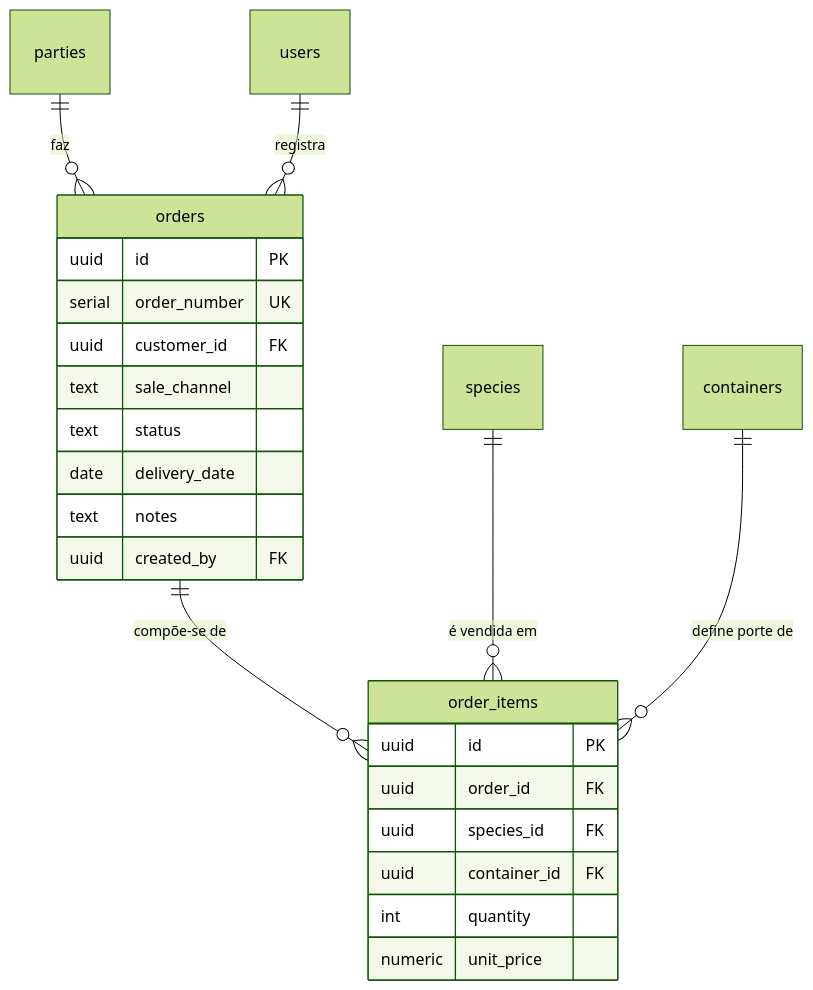
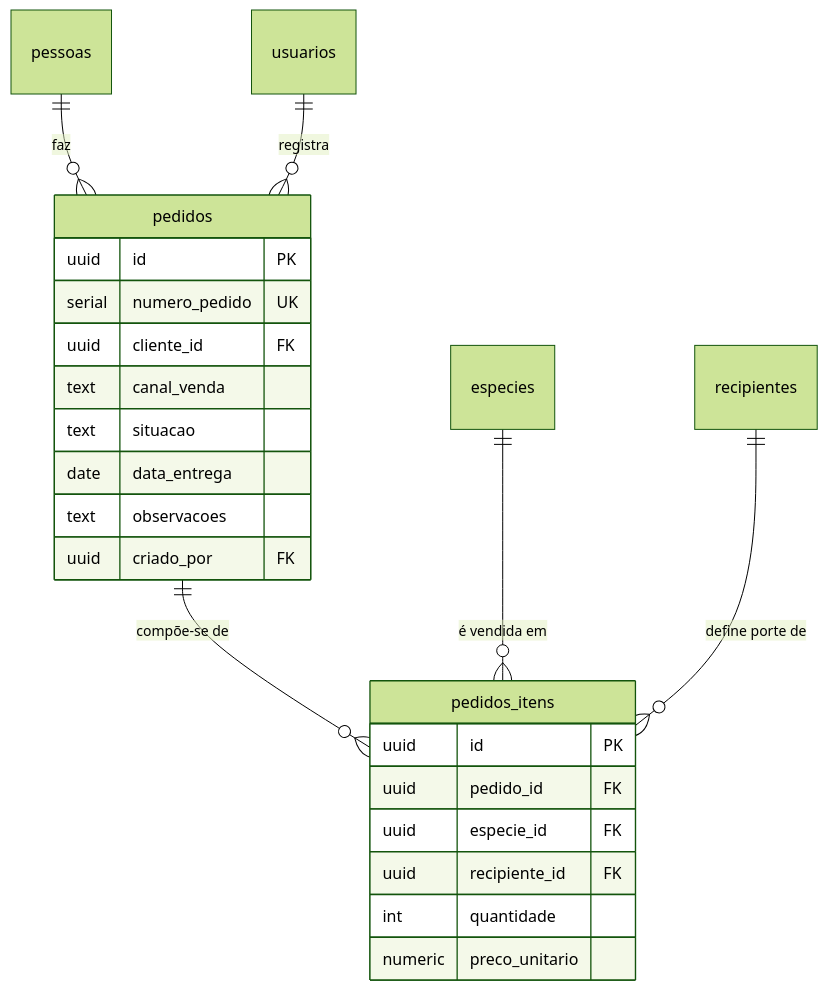
Before and after one commit to JoaoMudar/tcc: the fifth of 5 diagrams in docs/engenharia/C-modelagem/C6-modelo-entidade-relacionamento.md, drawn with Mermaid (forest theme). The commit also changed other lines of this file and 46 other files, not shown here.

````diff
--- a/docs/engenharia/C-modelagem/C6-modelo-entidade-relacionamento.md
+++ b/docs/engenharia/C-modelagem/C6-modelo-entidade-relacionamento.md
@@ -646,31 +646,31 @@
 ```mermaid
 erDiagram
-  orders {
+  pedidos {
     uuid    id PK
-    serial  order_number UK
-    uuid    customer_id FK
-    text    sale_channel
-    text    status
-    date    delivery_date
-    text    notes
-    uuid    created_by FK
+    serial  numero_pedido UK
+    uuid    cliente_id FK
+    text    canal_venda
+    text    situacao
+    date    data_entrega
+    text    observacoes
+    uuid    criado_por FK
   }
-  order_items {
+  pedidos_itens {
     uuid    id PK
-    uuid    order_id FK
-    uuid    species_id FK
-    uuid    container_id FK
-    int     quantity
-    numeric unit_price
+    uuid    pedido_id FK
+    uuid    especie_id FK
+    uuid    recipiente_id FK
+    int     quantidade
+    numeric preco_unitario
   }
-  parties {}
-  species {}
-  containers {}
-  users {}
+  pessoas {}
+  especies {}
+  recipientes {}
+  usuarios {}
 
-  orders  ||--o{ order_items : "compõe-se de"
-  parties ||--o{ orders      : "faz"
-  users   ||--o{ orders      : "registra"
-  species    ||--o{ order_items : "é vendida em"
-  containers ||--o{ order_items : "define porte de"
+  pedidos  ||--o{ pedidos_itens : "compõe-se de"
+  pessoas ||--o{ pedidos      : "faz"
+  usuarios   ||--o{ pedidos      : "registra"
+  especies    ||--o{ pedidos_itens : "é vendida em"
+  recipientes ||--o{ pedidos_itens : "define porte de"
 ```
````
